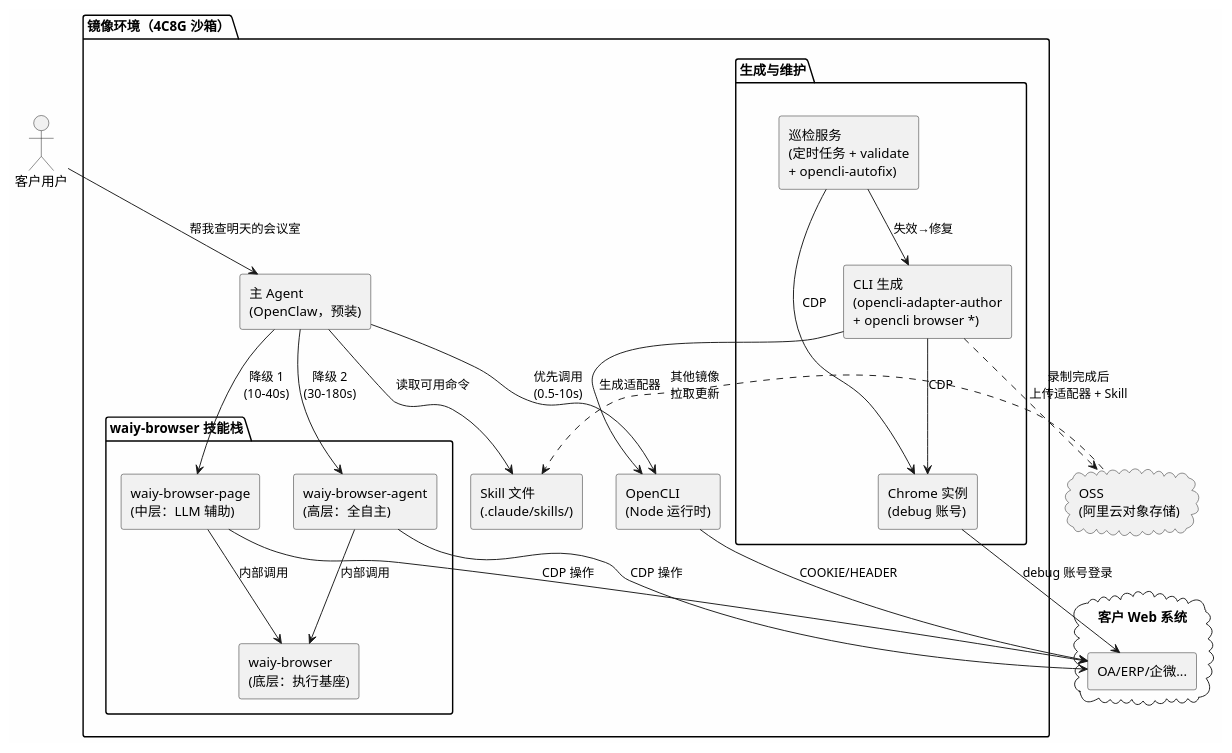
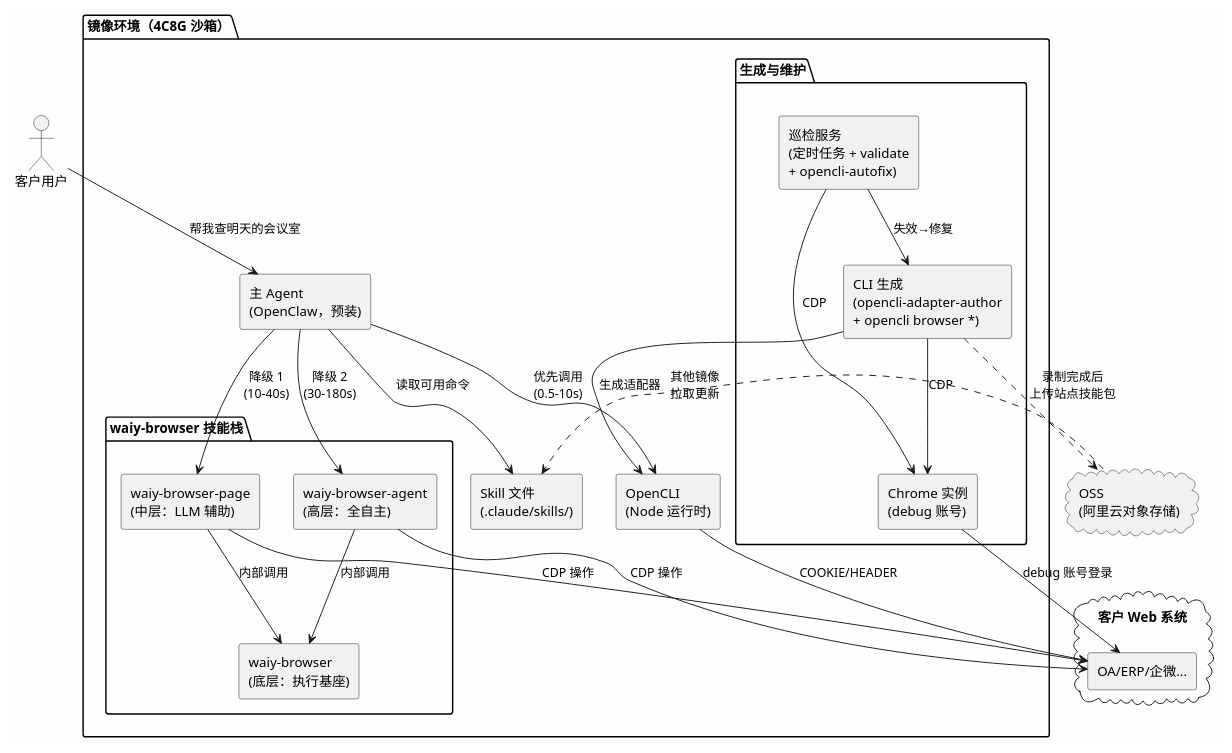
One commit to shadow-cyan/OpenCLI changed the fifth of 7 diagrams in doc/office-automation-architecture.md. Above: the diagram before and after it, drawn with PlantUML. The commit also changed other lines of this file, not shown here.

````diff
--- a/doc/office-automation-architecture.md
+++ b/doc/office-automation-architecture.md
@@ -505,55 +507,55 @@
 ```plantuml
 @startuml
 skinparam componentStyle rectangle
 skinparam backgroundColor #FEFEFE
 
 actor "客户用户" as User
 
 package "镜像环境（4C8G 沙箱）" {
   [主 Agent\n(OpenClaw，预装)] as CC
   [OpenCLI\n(Node 运行时)] as OC
 
   package "waiy-browser 技能栈" {
     [waiy-browser-page\n(中层：LLM 辅助)] as BP
     [waiy-browser-agent\n(高层：全自主)] as BA
     [waiy-browser\n(底层：执行基座)] as BW
 
     BP --> BW : 内部调用
     BA --> BW : 内部调用
   }
 
   package "生成与维护" {
     [CLI 生成\n(opencli-adapter-author\n+ opencli browser *)] as Factory
     [巡检服务\n(定时任务 + validate\n+ opencli-autofix)] as Patrol
     [Chrome 实例\n(debug 账号)] as Chrome
 
     Factory --> Chrome : CDP
     Patrol --> Chrome : CDP
     Patrol --> Factory : 失效→修复
   }
 
   [Skill 文件\n(.claude/skills/)] as Skill
 
   CC --> Skill : 读取可用命令
   CC --> OC : 优先调用\n(0.5-10s)
   CC --> BP : 降级 1\n(10-40s)
   CC --> BA : 降级 2\n(30-180s)
   Factory --> OC : 生成适配器
 }
 
 cloud "OSS\n(阿里云对象存储)" as OSS
 
 cloud "客户 Web 系统" {
   [OA/ERP/企微...] as WebSys
 }
 
 User --> CC : "帮我查明天的会议室"
-Factory ..> OSS : 录制完成后\n上传适配器 + Skill
+Factory ..> OSS : 录制完成后\n上传站点技能包
 OSS ..> Skill : 其他镜像\n拉取更新
 OC --> WebSys : COOKIE/HEADER
 BP --> WebSys : CDP 操作
 BA --> WebSys : CDP 操作
 Chrome --> WebSys : debug 账号登录
 
 @enduml
 ```
````
